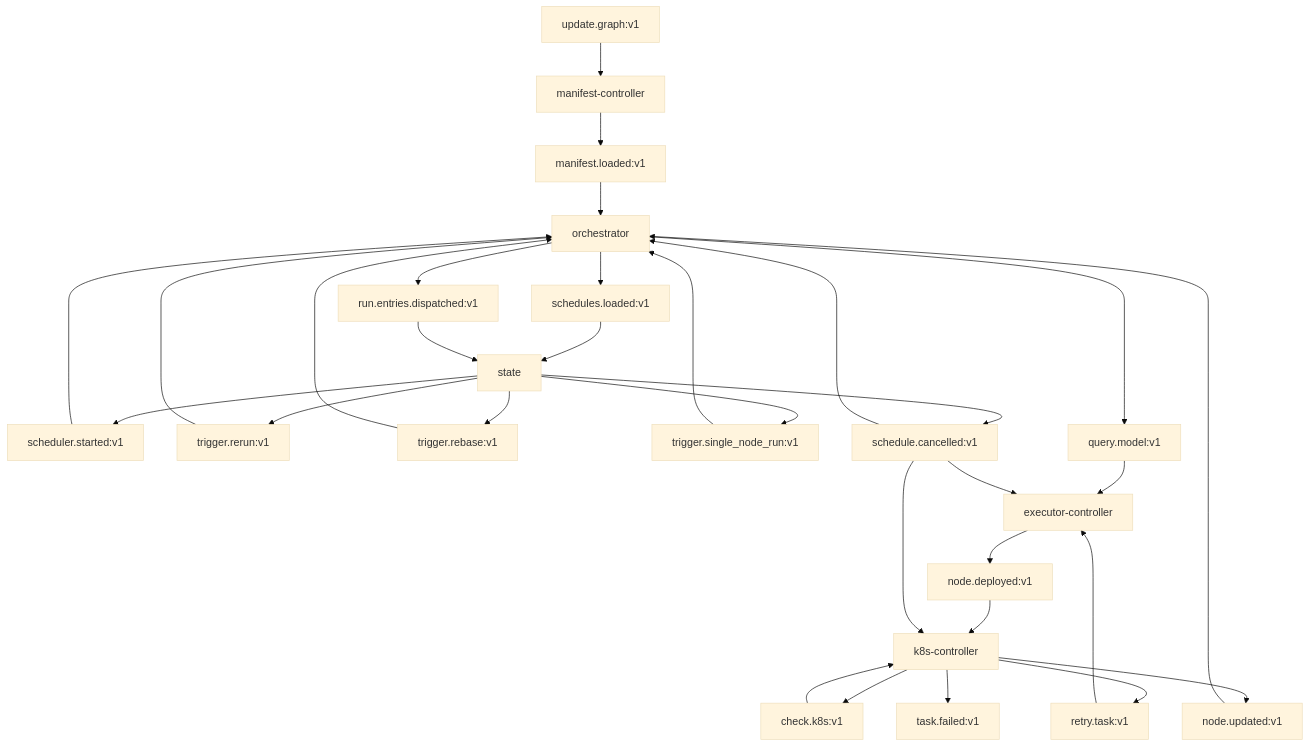
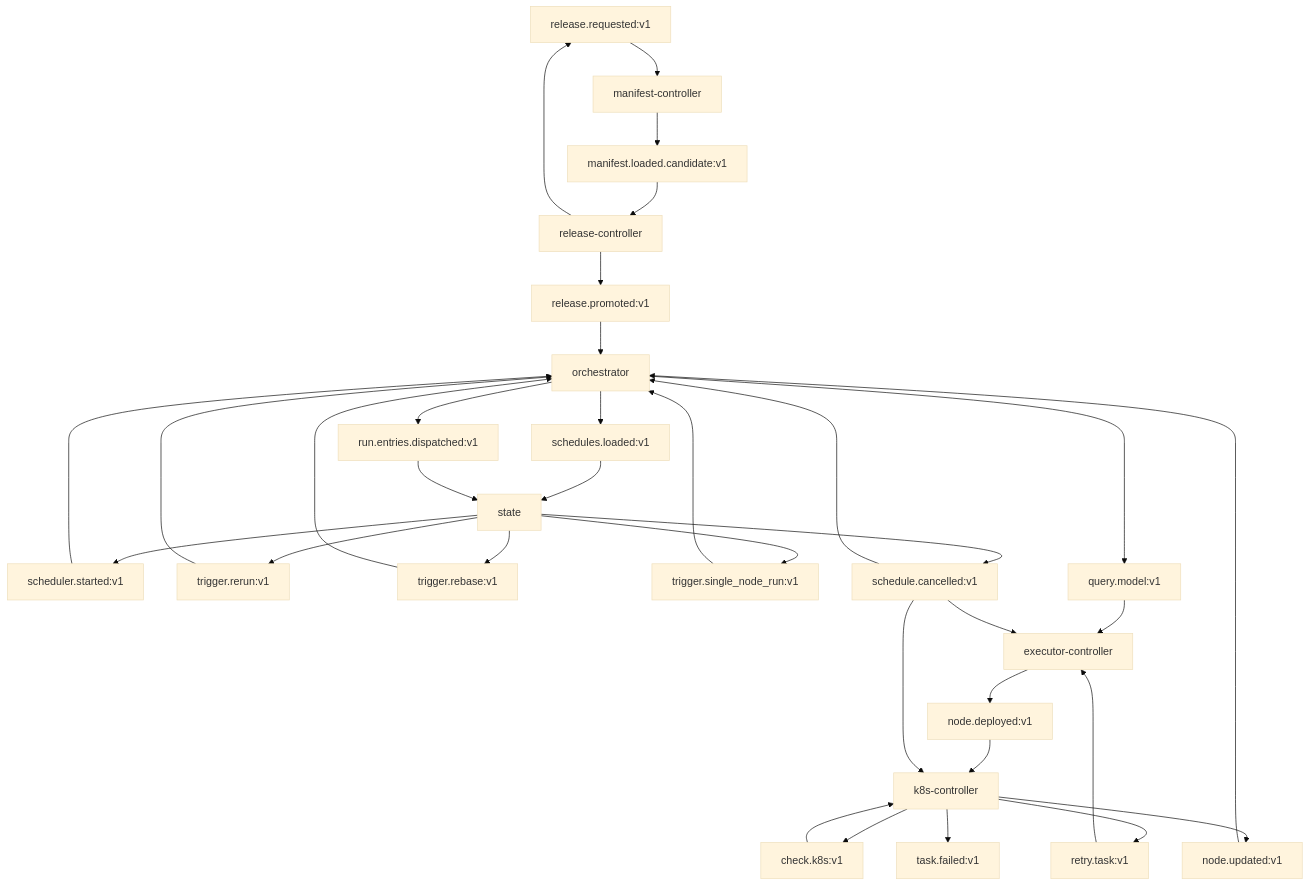
Before and after one commit to carolsimone/continuo: the second of 2 diagrams in docs/arch/01-topology.md, drawn with Mermaid (base theme). The commit also changed other lines of this file and 7 other files, not shown here.

Commit message:
docs(arch): reconcile topology flow to the release-driven path

````diff
--- a/docs/arch/01-topology.md
+++ b/docs/arch/01-topology.md
@@ -54,59 +56,63 @@
 ```mermaid
 flowchart TD
-  UG[update.graph:v1]
-  ML[manifest.loaded:v1]
+  RR[release.requested:v1]
+  MLC[manifest.loaded.candidate:v1]
+  RP[release.promoted:v1]
   SL[schedules.loaded:v1]
   SS[scheduler.started:v1]
   RED[run.entries.dispatched:v1]
   TRR[trigger.rerun:v1]
   TRB[trigger.rebase:v1]
   TSN[trigger.single_node_run:v1]
   QM[query.model:v1]
   ED[node.deployed:v1]
   KCV[check.k8s:v1]
   TR[retry.task:v1]
   TF[task.failed:v1]
   UT[node.updated:v1]
 
-  UG --> MC[manifest-controller]
-  MC --> ML
-  ML --> OR[orchestrator]
+  RC[release-controller] --> RR
+  RR --> MC[manifest-controller]
+  MC --> MLC
+  MLC --> RC
+  RC --> RP
+  RP --> OR[orchestrator]
   OR --> SL
   SL --> ST[state]
 
   ST --> SS
   SS --> OR
   OR --> RED
   RED --> ST
 
   ST --> TRR
   TRR --> OR
 
   ST --> TRB
   TRB --> OR
 
   ST --> TSN
   TSN --> OR
 
   OR --> QM
 
   QM --> EC[executor-controller]
   TR --> EC
 
   EC --> ED
   ED --> KC[k8s-controller]
 
   KC --> KCV
   KCV --> KC
   KC --> TR
   KC --> TF
   KC --> UT
 
   UT --> OR
 
   SC_EV[schedule.cancelled:v1]
   ST --> SC_EV
   SC_EV --> OR
   SC_EV --> EC
   SC_EV --> KC
 ```
````
